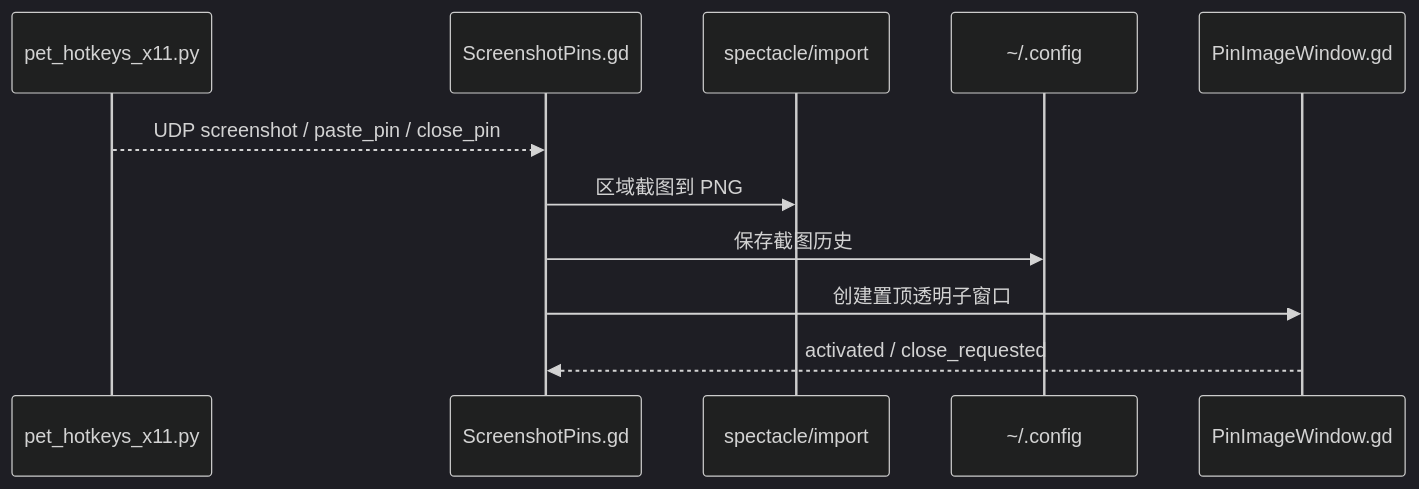
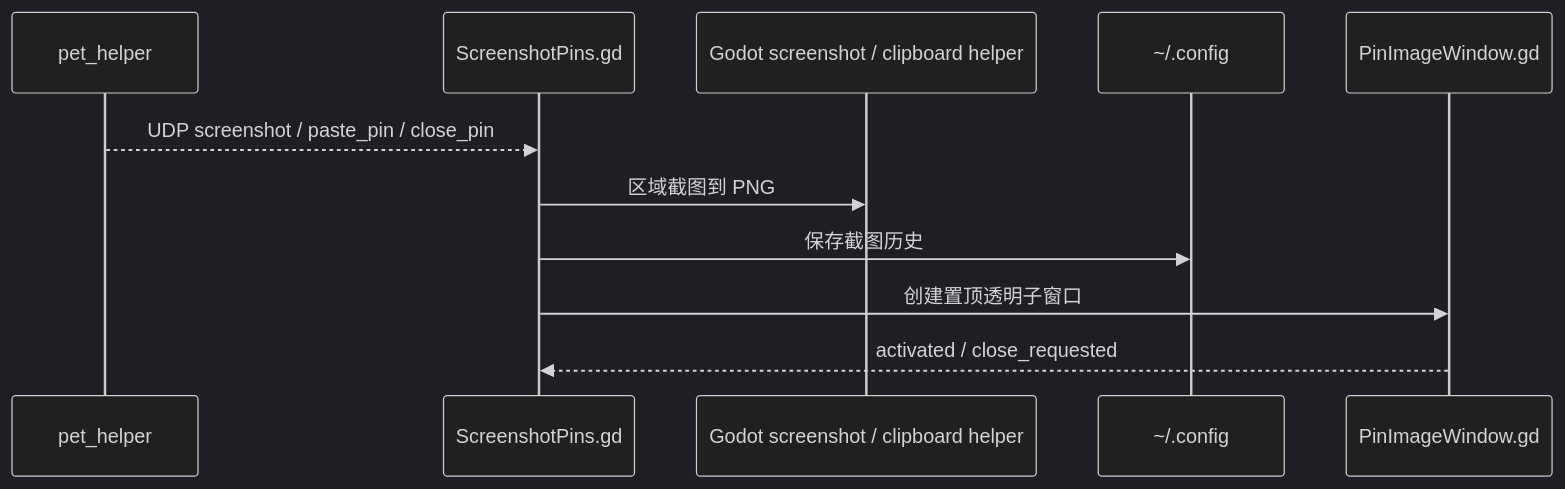
The third of 3 diagrams in docs/architecture/data-flow.md (MzKyle/Crayon-Shinchan-Desktop-Pat), drawn with Mermaid (dark theme) before and after one commit. The commit also changed 56 other files, not shown here.

````diff
--- a/docs/architecture/data-flow.md
+++ b/docs/architecture/data-flow.md
@@ -60,14 +60,14 @@
 ```mermaid
 sequenceDiagram
-  participant Hotkey as pet_hotkeys_x11.py
+  participant Hotkey as pet_helper
   participant Pins as ScreenshotPins.gd
-  participant Tool as spectacle/import
+  participant Tool as Godot screenshot / clipboard helper
   participant Config as ~/.config
   participant Pin as PinImageWindow.gd
 
   Hotkey-->>Pins: UDP screenshot / paste_pin / close_pin
   Pins->>Tool: 区域截图到 PNG
   Pins->>Config: 保存截图历史
   Pins->>Pin: 创建置顶透明子窗口
   Pin-->>Pins: activated / close_requested
 ```
````
